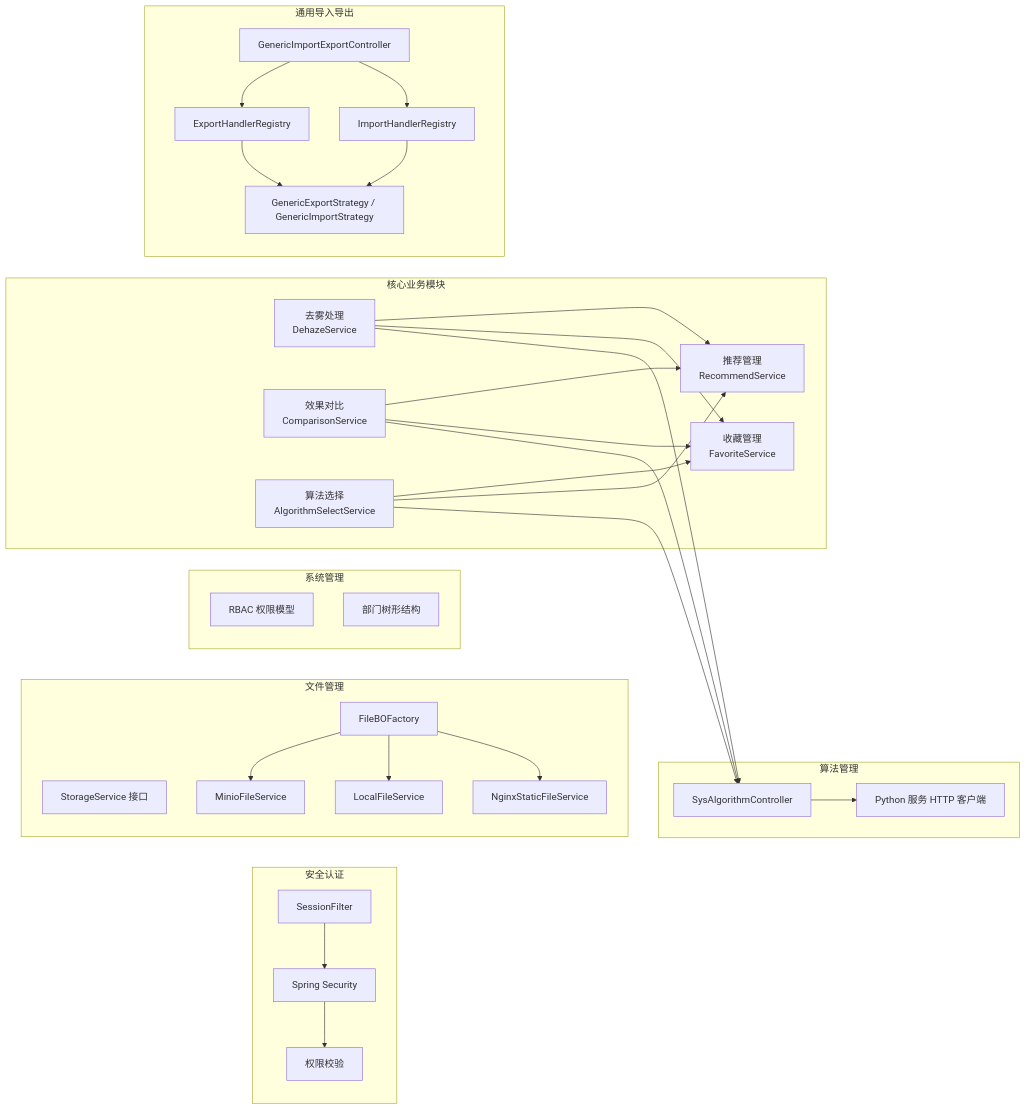
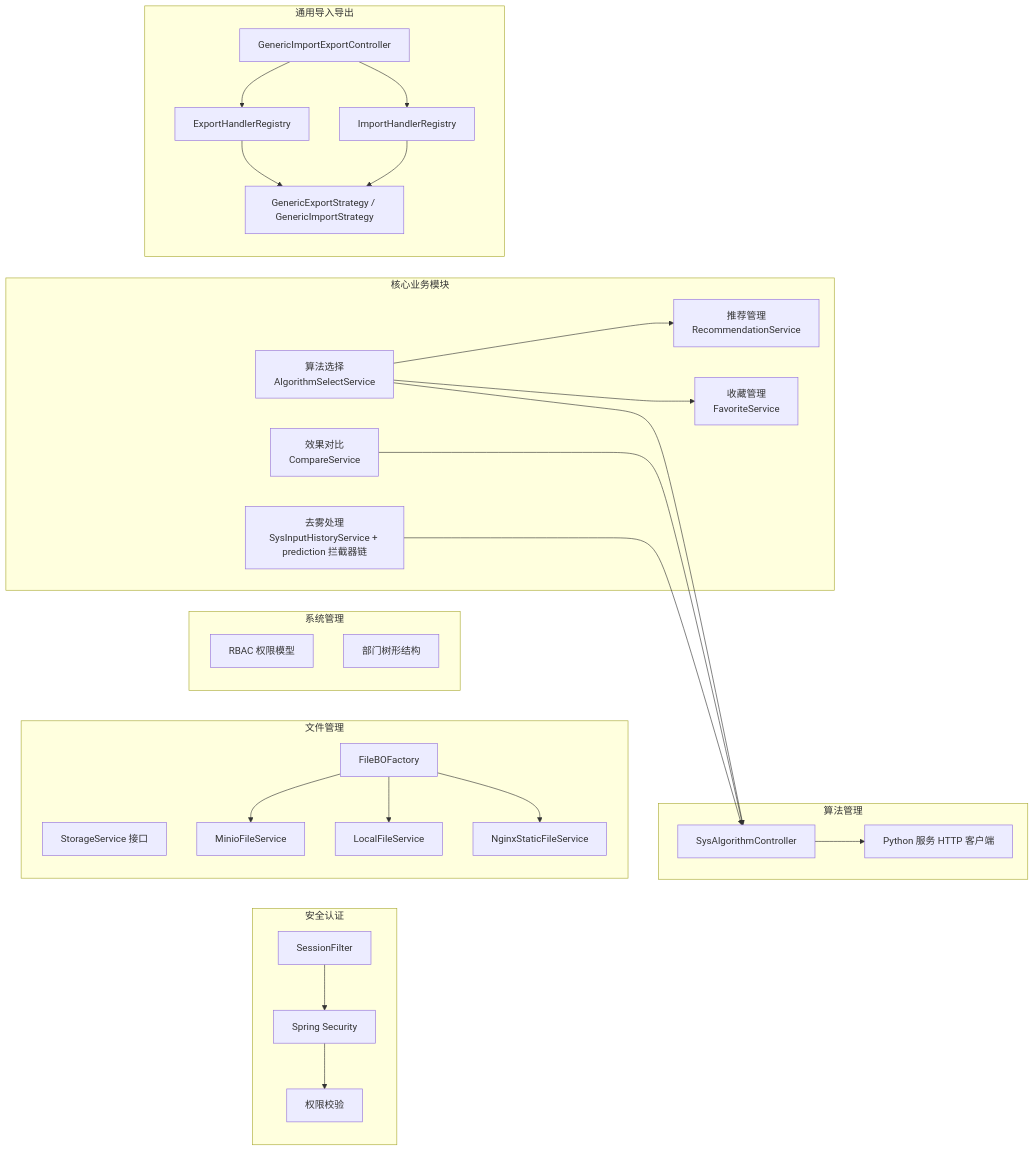
The third of 8 diagrams in dehaze-doc/docs/04-项目实现/后端/01-Java架构文档.md (earthy-zinc/dehaze-system), drawn with Mermaid before and after one commit. The commit also changed other lines of this file and 24 other files, not shown here.

First line of the commit message:
docs: add and update multiple architecture documents

````diff
--- a/dehaze-doc/docs/04-项目实现/后端/01-Java架构文档.md
+++ b/dehaze-doc/docs/04-项目实现/后端/01-Java架构文档.md
@@ -151,61 +153,57 @@
 ```mermaid
 flowchart LR
     subgraph Security["安全认证"]
         SessionFilter["SessionFilter"]
         SecurityConfig["Spring Security"]
         PermissionService["权限校验"]
     end
 
     subgraph Storage["文件管理"]
         StorageInterface["StorageService 接口"]
         Minio["MinioFileService"]
         Local["LocalFileService"]
         NginxStatic["NginxStaticFileService"]
         Factory["FileBOFactory"]
     end
 
     subgraph System["系统管理"]
         RBAC["RBAC 权限模型"]
         DeptTree["部门树形结构"]
     end
 
     subgraph Algorithm["算法管理"]
         AlgoCtrl["SysAlgorithmController"]
         PythonClient["Python 服务 HTTP 客户端"]
     end
 
     subgraph CoreBusiness["核心业务模块"]
-        DehazeService["去雾处理<br/>DehazeService"]
-        CompareService["效果对比<br/>ComparisonService"]
+        Dehaze["去雾处理<br/>SysInputHistoryService + prediction 拦截器链"]
+        Compare["效果对比<br/>CompareService"]
         AlgoSelect["算法选择<br/>AlgorithmSelectService"]
-        Recommend["推荐管理<br/>RecommendService"]
+        Recommend["推荐管理<br/>RecommendationService"]
         Favorite["收藏管理<br/>FavoriteService"]
     end
 
     subgraph ImportExport["通用导入导出"]
         GenericCtrl["GenericImportExportController"]
         ExportRegistry["ExportHandlerRegistry"]
         ImportRegistry["ImportHandlerRegistry"]
         Strategy["GenericExportStrategy / GenericImportStrategy"]
     end
 
     SessionFilter --> SecurityConfig
     SecurityConfig --> PermissionService
     Factory --> Minio
     Factory --> Local
     Factory --> NginxStatic
     AlgoCtrl --> PythonClient
-    DehazeService --> AlgoCtrl
-    CompareService --> AlgoCtrl
+    Dehaze --> AlgoCtrl
+    Compare --> AlgoCtrl
     AlgoSelect --> AlgoCtrl
     AlgoSelect --> Recommend
     AlgoSelect --> Favorite
-    DehazeService --> Favorite
-    CompareService --> Favorite
-    DehazeService --> Recommend
-    CompareService --> Recommend
     GenericCtrl --> ExportRegistry
     GenericCtrl --> ImportRegistry
     ExportRegistry --> Strategy
     ImportRegistry --> Strategy
 ```
````
